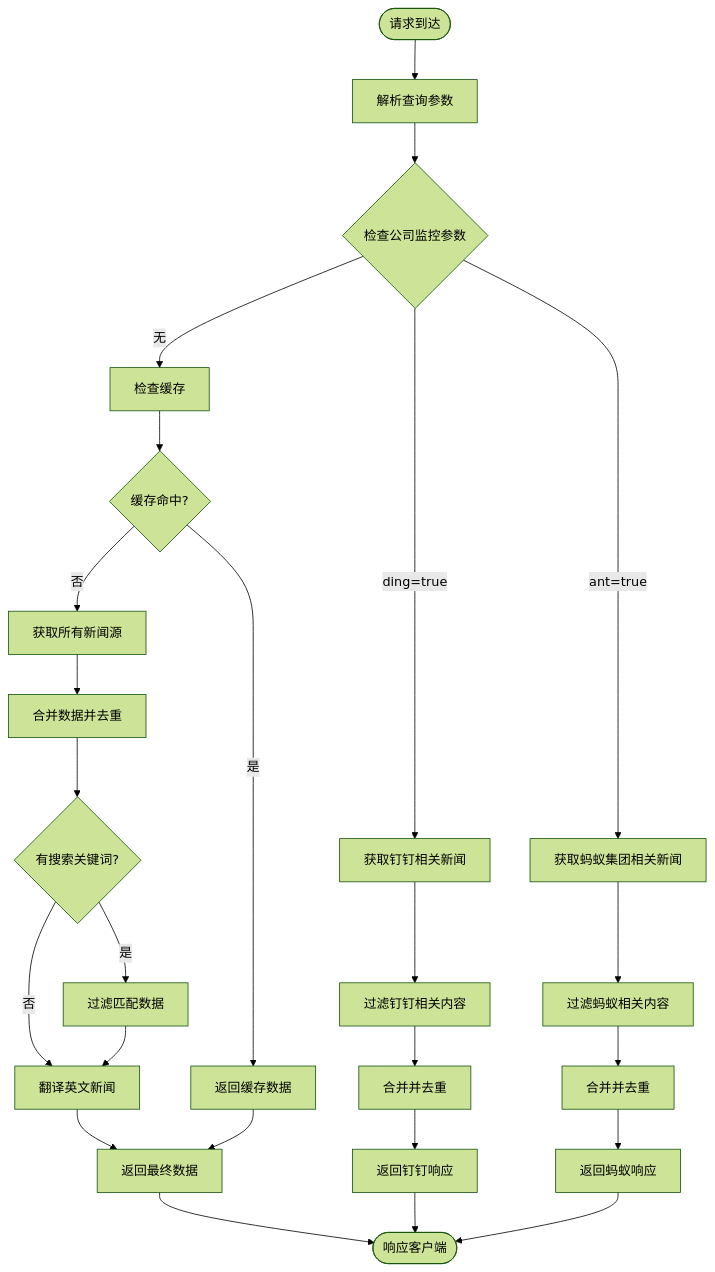
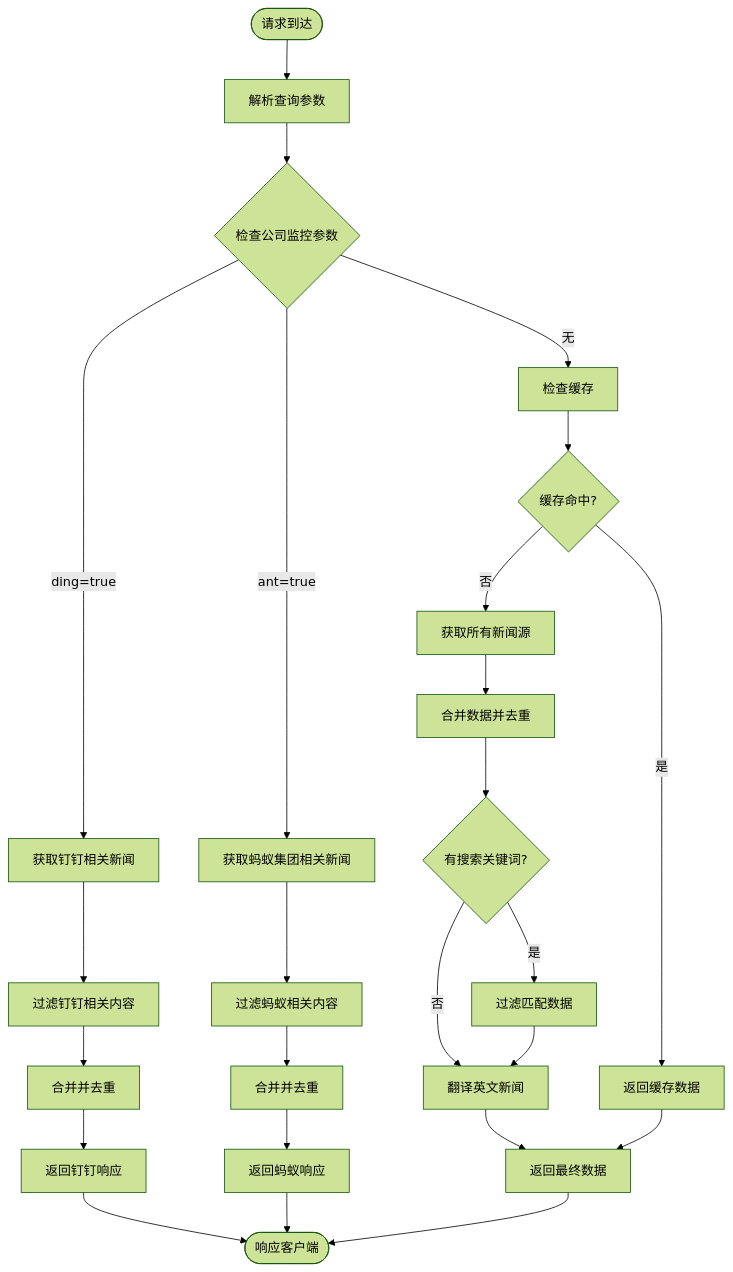
The third of 8 diagrams in .qoder/repowiki/zh/content/API接口文档.md (zuozuoliu740-cmd/xianxiong-news), drawn with Mermaid (forest theme) before and after one commit. The commit also changed other lines of this file and 6 other files, not shown here.

````diff
--- a/.qoder/repowiki/zh/content/API接口文档.md
+++ b/.qoder/repowiki/zh/content/API接口文档.md
@@ -213,27 +370,27 @@
 ```mermaid
 flowchart TD
 Start([请求到达]) --> ParseParams["解析查询参数"]
 ParseParams --> CheckCompany{"检查公司监控参数"}
 CheckCompany --> |ding=true| GetDingNews["获取钉钉相关新闻"]
 CheckCompany --> |ant=true| GetAntNews["获取蚂蚁集团相关新闻"]
 CheckCompany --> |无| CheckCache["检查缓存"]
 GetDingNews --> FilterDing["过滤钉钉相关内容"]
 FilterDing --> MergeDing["合并并去重"]
 MergeDing --> ReturnDing["返回钉钉响应"]
 GetAntNews --> FilterAnt["过滤蚂蚁相关内容"]
 FilterAnt --> MergeAnt["合并并去重"]
 MergeAnt --> ReturnAnt["返回蚂蚁响应"]
 CheckCache --> CacheHit{"缓存命中?"}
 CacheHit --> |是| ReturnCache["返回缓存数据"]
 CacheHit --> |否| FetchSources["获取所有新闻源"]
 FetchSources --> MergeData["合并数据并去重"]
 MergeData --> ApplyFilter{"有搜索关键词?"}
 ApplyFilter --> |是| FilterData["过滤匹配数据"]
 ApplyFilter --> |否| TranslateNews["翻译英文新闻"]
 FilterData --> TranslateNews
 TranslateNews --> ReturnData["返回最终数据"]
 ReturnCache --> ReturnData
-ReturnData --> End([响应客户端])
-ReturnDing --> End
+ReturnDing --> End([响应客户端])
 ReturnAnt --> End
+ReturnData --> End
 ```
````
